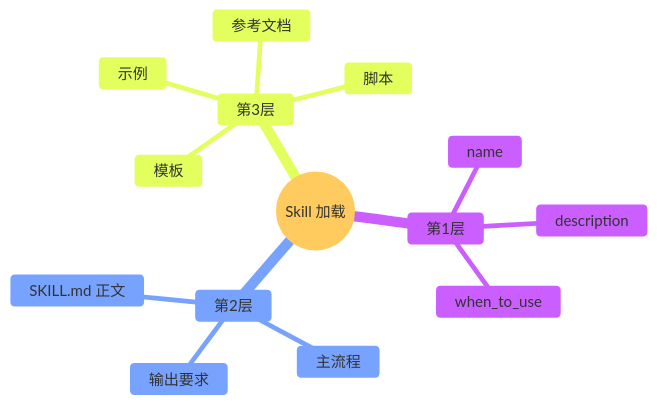
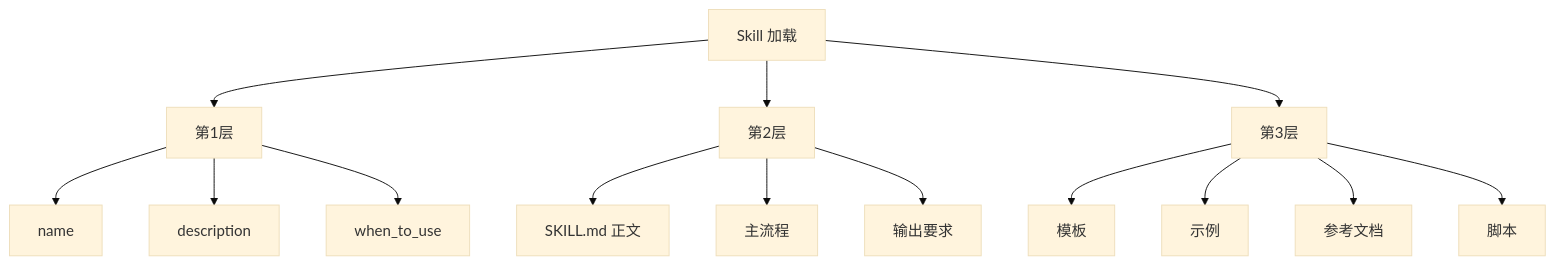
Before and after one commit to xiaoqianbaobao/ai-guide: the second of 2 diagrams in docs/05-tools-frameworks/agent-skills.md, drawn with Mermaid (base theme). The commit also changed 15 other files, not shown here.

````diff
--- a/docs/05-tools-frameworks/agent-skills.md
+++ b/docs/05-tools-frameworks/agent-skills.md
@@ -233,17 +233,17 @@
 ```mermaid
-mindmap
-  root((Skill 加载))
-    第1层
-      name
-      description
-      when_to_use
-    第2层
-      SKILL.md 正文
-      主流程
-      输出要求
-    第3层
-      模板
-      示例
-      参考文档
-      脚本
+flowchart TD
+    A[Skill 加载]
+    A --> B[第1层]
+    A --> C[第2层]
+    A --> D[第3层]
+    B --> B1[name]
+    B --> B2[description]
+    B --> B3[when_to_use]
+    C --> C1[SKILL.md 正文]
+    C --> C2[主流程]
+    C --> C3[输出要求]
+    D --> D1[模板]
+    D --> D2[示例]
+    D --> D3[参考文档]
+    D --> D4[脚本]
 ```
````
